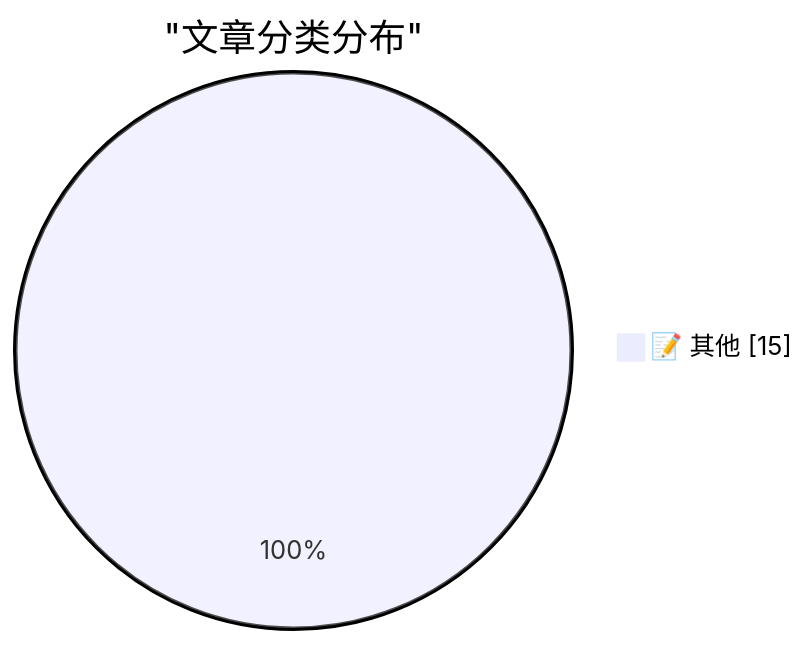
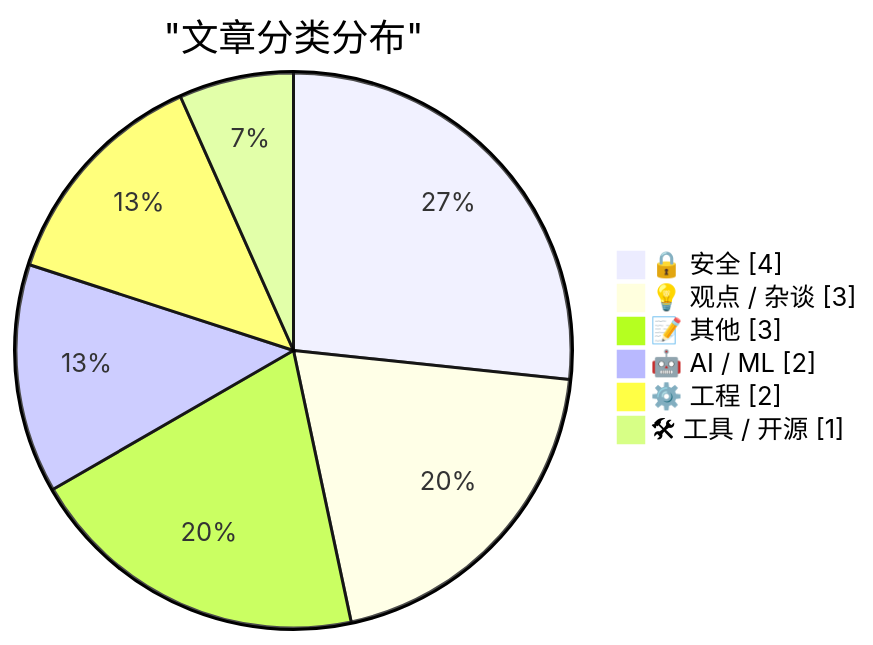
One commit to NicCraver/ai-daily-digest-web changed the first of 2 diagrams in data/digest-20260602.md. Above: the diagram before and after it, drawn with Mermaid. The commit also changed other lines of this file and 2 other files, not shown here.

````diff
--- a/data/digest-20260602.md
+++ b/data/digest-20260602.md
@@ -35,5 +53,10 @@
 ```mermaid
 pie showData
     title "文章分类分布"
-    "📝 其他" : 15
+    "🔒 安全" : 4
+    "💡 观点 / 杂谈" : 3
+    "📝 其他" : 3
+    "🤖 AI / ML" : 2
+    "⚙️ 工程" : 2
+    "🛠 工具 / 开源" : 1
 ```
````
